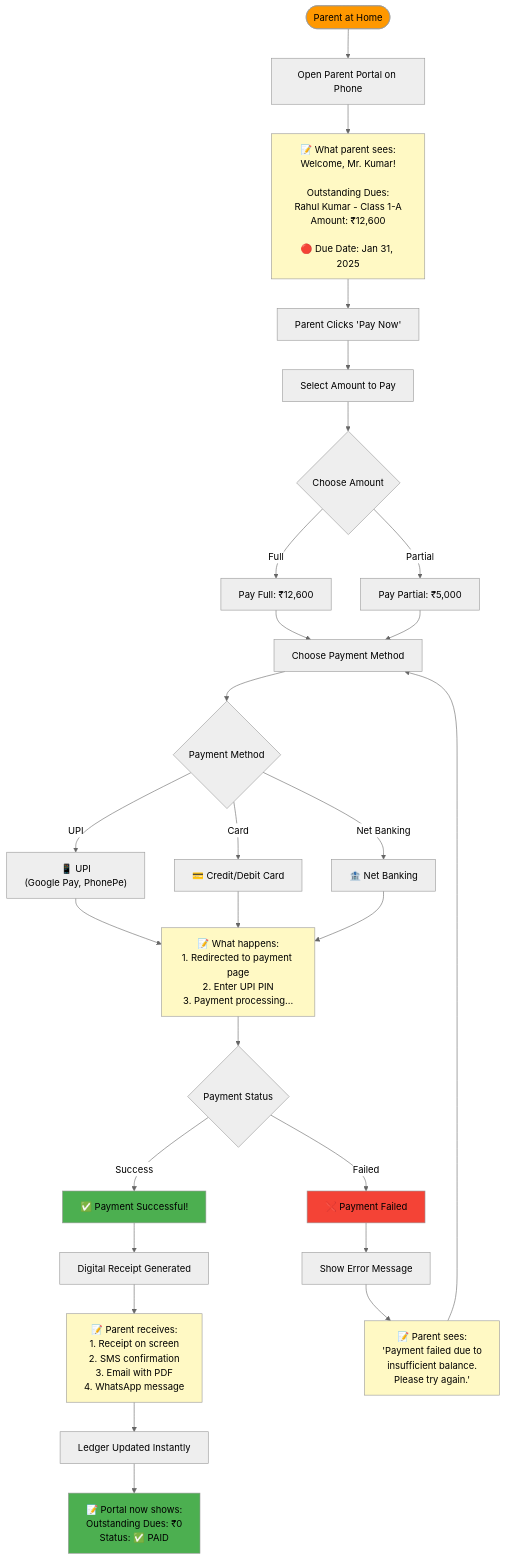
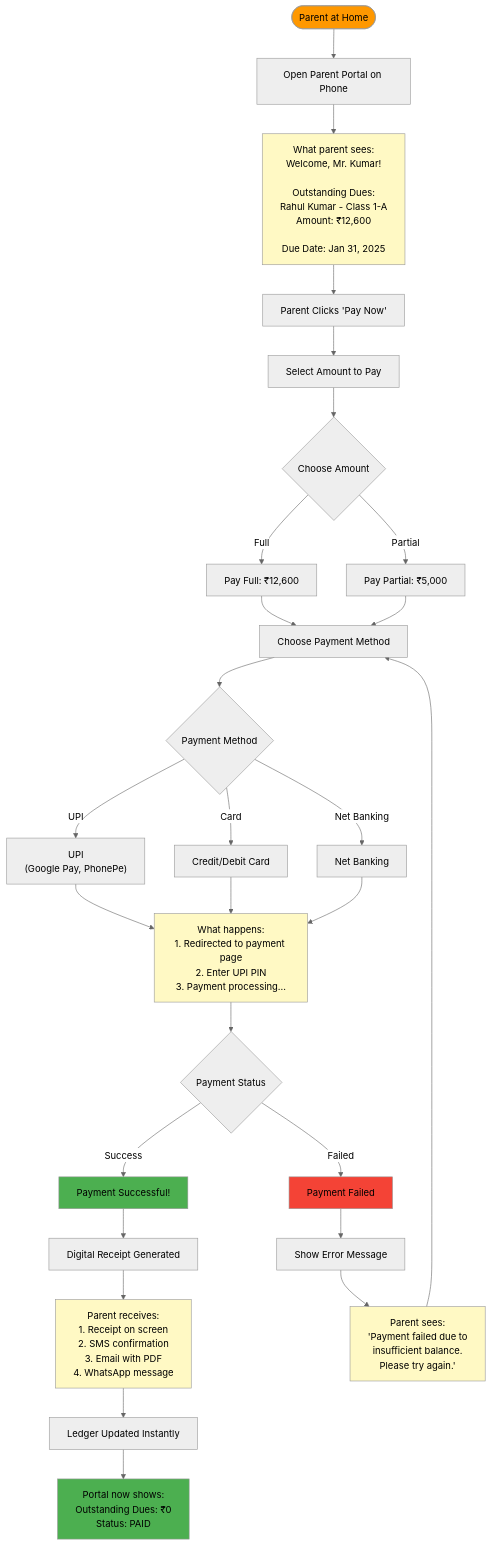
Before and after one commit to Armaan42/fee_management: the third of 4 diagrams in docs/BEGINNERS_GUIDE.md, drawn with Mermaid (neutral theme). The commit also changed other lines of this file, not shown here.

````diff
--- a/docs/BEGINNERS_GUIDE.md
+++ b/docs/BEGINNERS_GUIDE.md
@@ -190,53 +190,53 @@
 ```mermaid
 flowchart TD
     Start([Parent at Home]) --> Login[Open Parent Portal on Phone]
     
-    Login --> Explain1["📝 What parent sees:<br/>Welcome, Mr. Kumar!<br/><br/>Outstanding Dues:<br/>Rahul Kumar - Class 1-A<br/>Amount: ₹12,600<br/><br/>🔴 Due Date: Jan 31, 2025"]
+    Login --> Explain1[" What parent sees:<br/>Welcome, Mr. Kumar!<br/><br/>Outstanding Dues:<br/>Rahul Kumar - Class 1-A<br/>Amount: ₹12,600<br/><br/> Due Date: Jan 31, 2025"]
     
     Explain1 --> ClickPay[Parent Clicks 'Pay Now']
     ClickPay --> SelectAmount[Select Amount to Pay]
     
     SelectAmount --> AmountChoice{Choose Amount}
     
     AmountChoice -->|Full| Full["Pay Full: ₹12,600"]
     AmountChoice -->|Partial| Partial["Pay Partial: ₹5,000"]
     
     Full --> Gateway[Choose Payment Method]
     Partial --> Gateway
     
     Gateway --> GatewayChoice{Payment Method}
     
-    GatewayChoice -->|UPI| UPI["📱 UPI<br/>(Google Pay, PhonePe)"]
-    GatewayChoice -->|Card| Card["💳 Credit/Debit Card"]
-    GatewayChoice -->|Net Banking| NetBanking["🏦 Net Banking"]
+    GatewayChoice -->|UPI| UPI[" UPI<br/>(Google Pay, PhonePe)"]
+    GatewayChoice -->|Card| Card[" Credit/Debit Card"]
+    GatewayChoice -->|Net Banking| NetBanking[" Net Banking"]
     
-    UPI --> Explain2["📝 What happens:<br/>1. Redirected to payment page<br/>2. Enter UPI PIN<br/>3. Payment processing..."]
+    UPI --> Explain2[" What happens:<br/>1. Redirected to payment page<br/>2. Enter UPI PIN<br/>3. Payment processing..."]
     
     Card --> Explain2
     NetBanking --> Explain2
     
     Explain2 --> Success{Payment Status}
     
-    Success -->|Success| PaySuccess["✅ Payment Successful!"]
-    Success -->|Failed| PayFailed["❌ Payment Failed"]
+    Success -->|Success| PaySuccess[" Payment Successful!"]
+    Success -->|Failed| PayFailed[" Payment Failed"]
     
     PaySuccess --> Receipt[Digital Receipt Generated]
-    Receipt --> Explain3["📝 Parent receives:<br/>1. Receipt on screen<br/>2. SMS confirmation<br/>3. Email with PDF<br/>4. WhatsApp message"]
+    Receipt --> Explain3[" Parent receives:<br/>1. Receipt on screen<br/>2. SMS confirmation<br/>3. Email with PDF<br/>4. WhatsApp message"]
     
     Explain3 --> Updated[Ledger Updated Instantly]
-    Updated --> ShowUpdated["📝 Portal now shows:<br/>Outstanding Dues: ₹0<br/>Status: ✅ PAID"]
+    Updated --> ShowUpdated[" Portal now shows:<br/>Outstanding Dues: ₹0<br/>Status:  PAID"]
     
     PayFailed --> Retry[Show Error Message]
-    Retry --> Explain4["📝 Parent sees:<br/>'Payment failed due to<br/>insufficient balance.<br/>Please try again.'"]
+    Retry --> Explain4[" Parent sees:<br/>'Payment failed due to<br/>insufficient balance.<br/>Please try again.'"]
     
     Explain4 --> Gateway
     
     style Start fill:#FF9800
     style PaySuccess fill:#4CAF50
     style ShowUpdated fill:#4CAF50
     style PayFailed fill:#f44336
     style Explain1 fill:#FFF9C4
     style Explain2 fill:#FFF9C4
     style Explain3 fill:#FFF9C4
     style Explain4 fill:#FFF9C4
 ```
````
